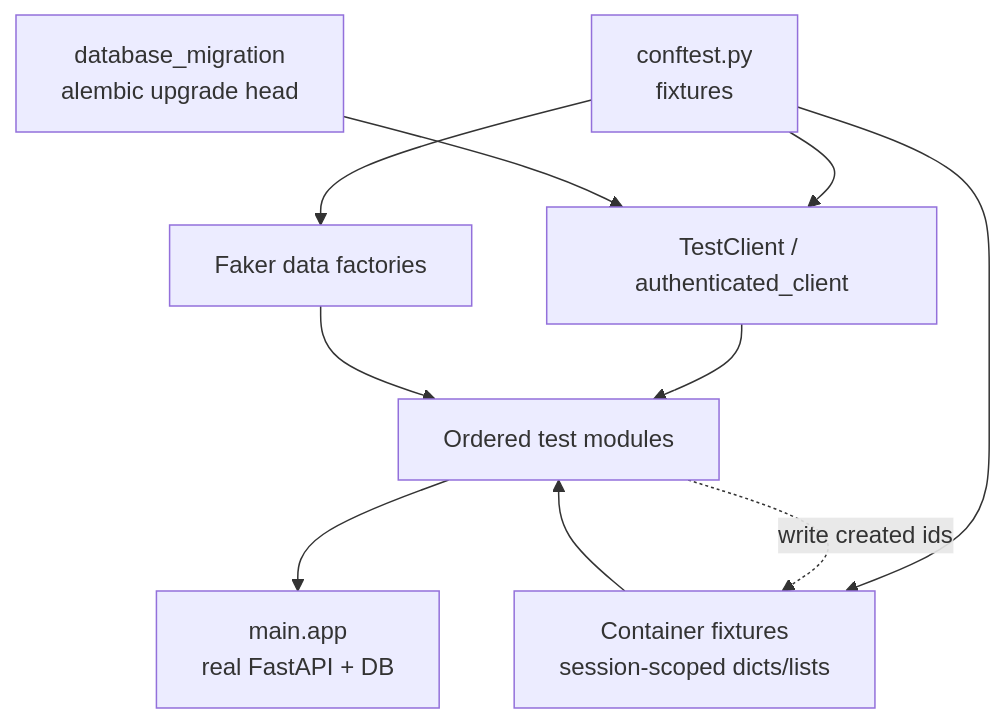
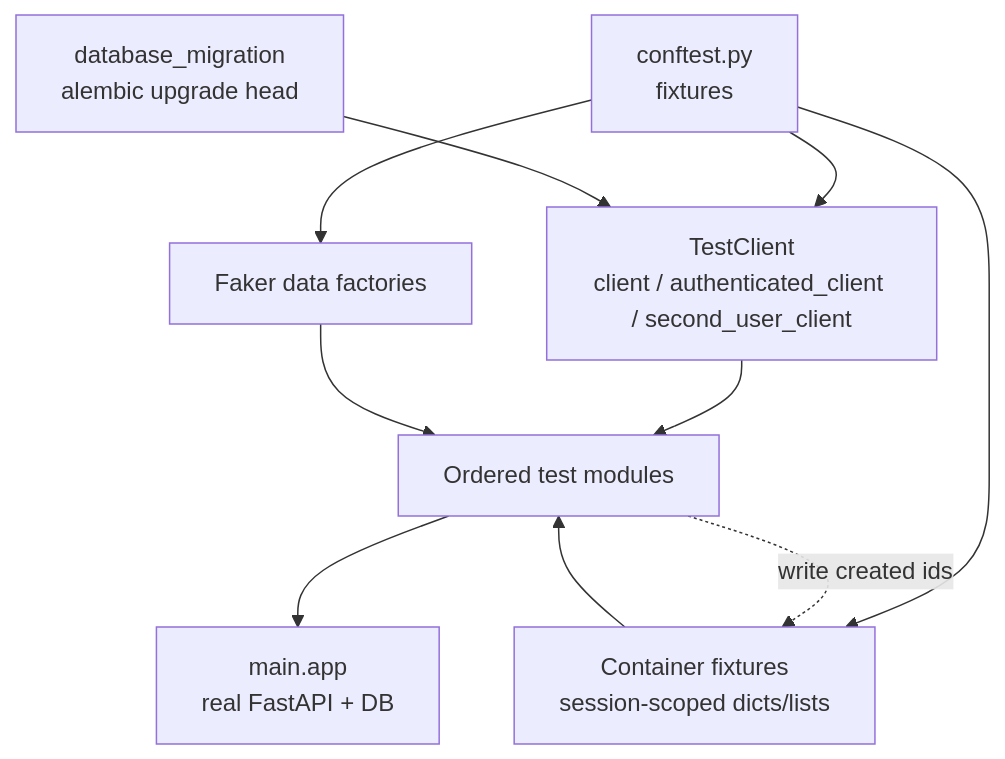
Before and after one commit to Tap2Cloud/backend-public: the first of 2 diagrams in docs/wiki/tests.md, drawn with Mermaid. The commit also changed other lines of this file and 1 other file, not shown here.

````diff
--- a/docs/wiki/tests.md
+++ b/docs/wiki/tests.md
@@ -40,12 +40,12 @@
 ```mermaid
 graph TD
-  Conftest[conftest.py<br/>fixtures] --> Client[TestClient / authenticated_client]
+  Conftest[conftest.py<br/>fixtures] --> Client[TestClient<br/>client / authenticated_client / second_user_client]
   Conftest --> Faker[Faker data factories]
   Conftest --> Containers[Container fixtures<br/>session-scoped dicts/lists]
   Migration[database_migration<br/>alembic upgrade head] --> Client
   Client --> Tests[Ordered test modules]
   Faker --> Tests
   Containers --> Tests
   Tests --> App[main.app<br/>real FastAPI + DB]
   Tests -.->|write created ids| Containers
 ```
````
